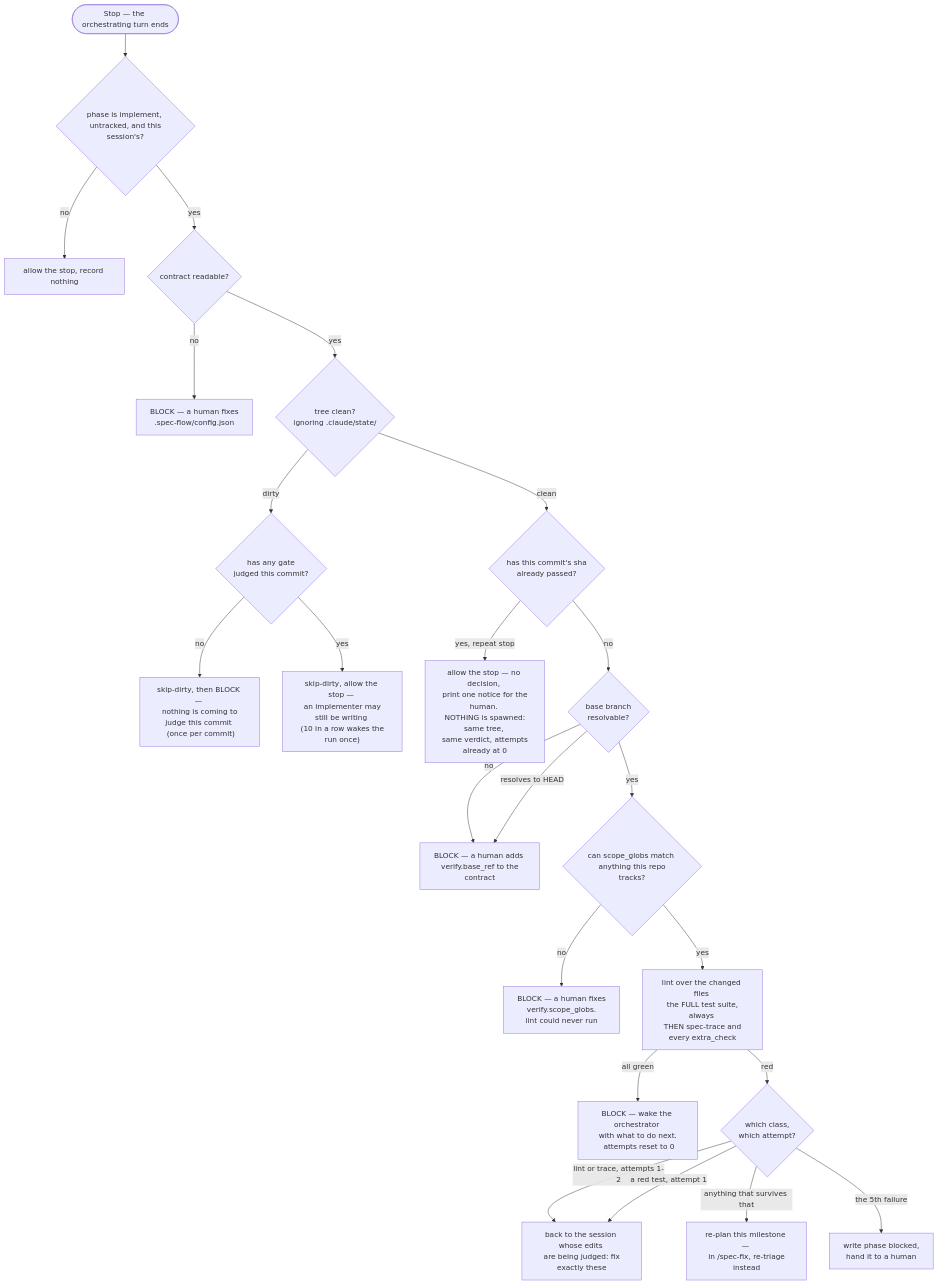
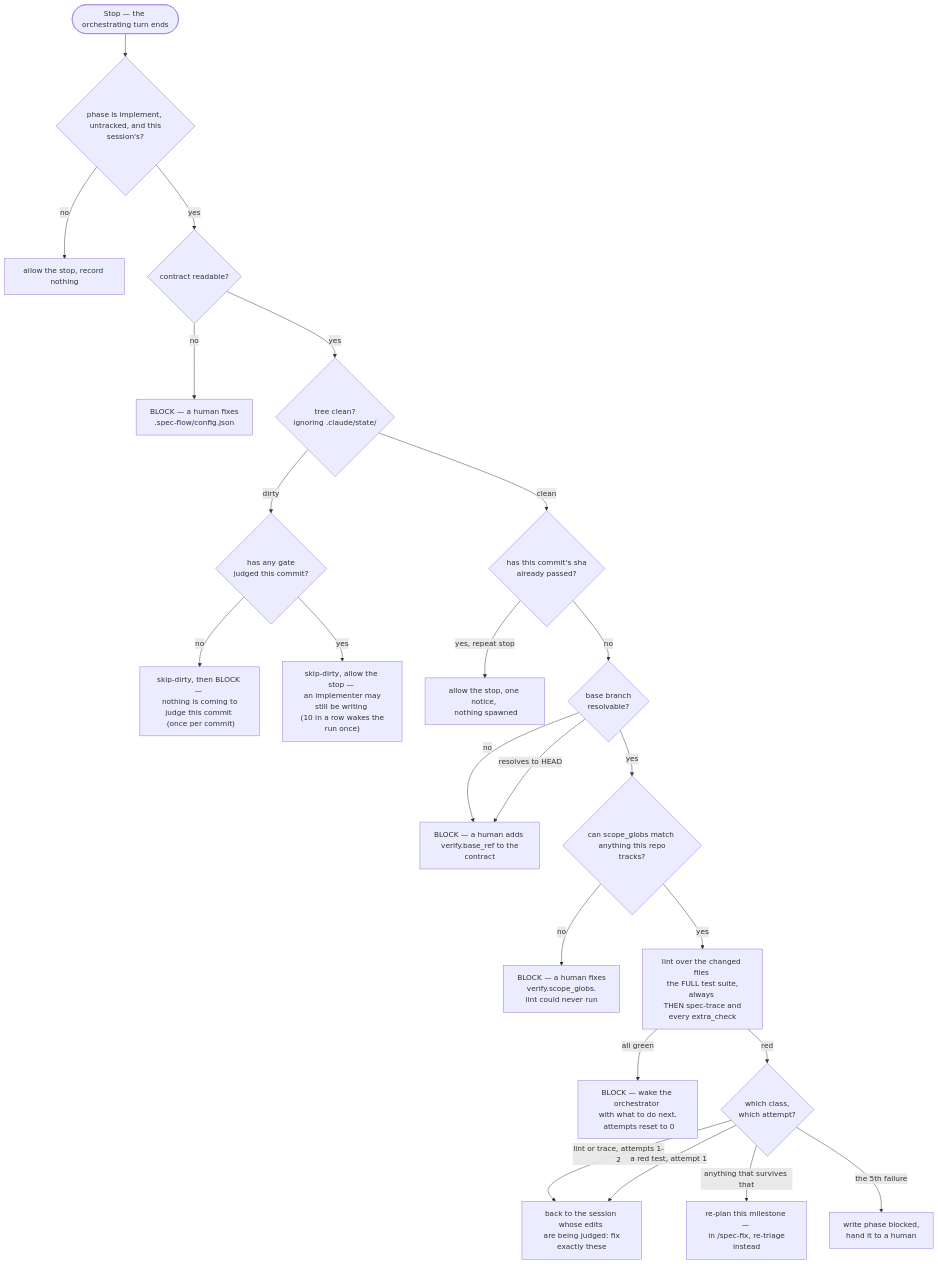
One commit to IgnacioMarin402/spec-flow-plugin changed the third of 3 diagrams in REFERENCE.md. Above: the diagram before and after it, drawn with Mermaid. The commit also changed other lines of this file, not shown here.

````diff
--- a/REFERENCE.md
+++ b/REFERENCE.md
@@ -918,25 +507,25 @@
 ```mermaid
 flowchart TD
     S(["Stop — the orchestrating turn ends"]) --> P{"phase is implement, <br/> untracked, and this session's?"}
     P -->|"no"| ALLOW["allow the stop, record nothing"]
     P -->|"yes"| CFG{"contract readable?"}
     CFG -->|"no"| BLK1["BLOCK — a human fixes <br/> .spec-flow/config.json"]
     CFG -->|"yes"| DIRTY{"tree clean? <br/> ignoring .claude/state/"}
     DIRTY -->|"dirty"| JUDGED{"has any gate <br/> judged this commit?"}
     JUDGED -->|"no"| WAKE["skip-dirty, then BLOCK — <br/> nothing is coming to judge this commit <br/> (once per commit)"]
     JUDGED -->|"yes"| SKIP["skip-dirty, allow the stop — <br/> an implementer may still be writing <br/> (10 in a row wakes the run once)"]
     DIRTY -->|"clean"| SEEN{"has this commit's sha <br/> already passed?"}
-    SEEN -->|"yes, repeat stop"| QUIET["allow the stop — no decision, <br/> print one notice for the human. <br/> NOTHING is spawned: same tree, <br/> same verdict, attempts already at 0"]
+    SEEN -->|"yes, repeat stop"| QUIET["allow the stop, one notice, <br/> nothing spawned"]
     SEEN -->|"no"| BASE{"base branch <br/> resolvable?"}
     BASE -->|"no"| BLK2["BLOCK — a human adds <br/> verify.base_ref to the contract"]
     BASE -->|"resolves to HEAD"| BLK2
     BASE -->|"yes"| SCOPE{"can scope_globs match <br/> anything this repo tracks?"}
     SCOPE -->|"no"| BLK3["BLOCK — a human fixes <br/> verify.scope_globs. <br/> lint could never run"]
     SCOPE -->|"yes"| RUN["lint over the changed files <br/> the FULL test suite, always <br/> THEN spec-trace and every extra_check"]
     RUN -->|"all green"| PASS["BLOCK — wake the orchestrator <br/> with what to do next. <br/> attempts reset to 0"]
     RUN -->|"red"| CLS{"which class, <br/> which attempt?"}
     CLS -->|"lint or trace, attempts 1-2"| FIX["back to the session whose edits <br/> are being judged: fix exactly these"]
     CLS -->|"a red test, attempt 1"| FIX
     CLS -->|"anything that survives that"| REPLAN["re-plan this milestone — <br/> in /spec-fix, re-triage instead"]
     CLS -->|"the 5th failure"| CAP["write phase blocked, <br/> hand it to a human"]
 ```
````
